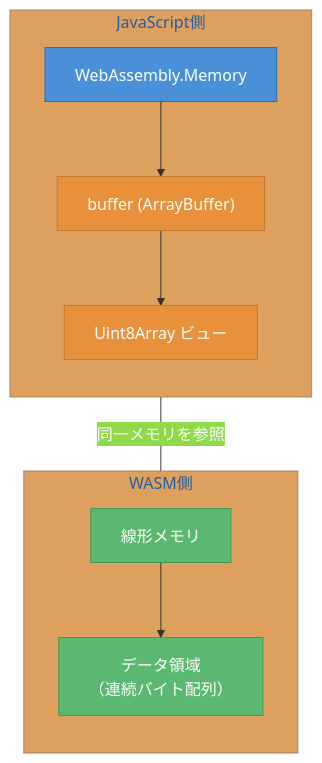
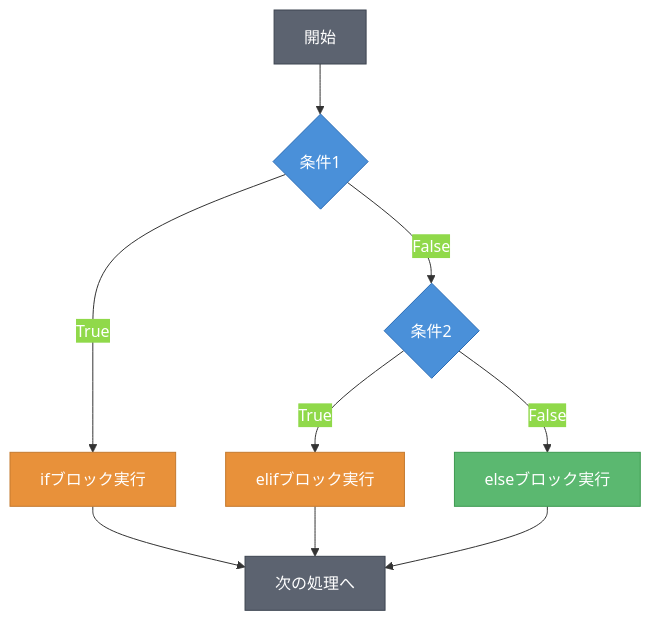
Before and after one commit to sogawa-yk/claude-code-book-write-template-test: the first of 4 diagrams in manuscript/ch03/ch03.md, drawn with Mermaid. The commit also changed other lines of this file and 5 other files, not shown here.

````diff
--- a/manuscript/ch03/ch03.md
+++ b/manuscript/ch03/ch03.md
@@ -13,21 +9,17 @@
 ```mermaid
 %%{init: {'theme': 'base', 'themeVariables': {'primaryColor': '#4A90D9', 'primaryTextColor': '#FFFFFF', 'primaryBorderColor': '#2A6CB6', 'lineColor': '#333333', 'textColor': '#1A1A1A', 'background': 'transparent'}}}%%
-graph TB
-    subgraph JS["JavaScript側"]
-        direction TB
-        A["WebAssembly.Memory"]:::main --> B["buffer (ArrayBuffer)"]:::sub
-        B --> C["Uint8Array ビュー"]:::sub
-    end
-
-    subgraph WA["WASM側"]
-        direction TB
-        D["線形メモリ"]:::tool --> E["データ領域<br/>（連続バイト配列）"]:::tool
-    end
-
-    B ---|"同一メモリを参照"| D
+flowchart TD
+    Start[開始]:::user --> C1{条件1}:::main
+    C1 -->|True| A1[ifブロック実行]:::sub
+    C1 -->|False| C2{条件2}:::main
+    C2 -->|True| A2[elifブロック実行]:::sub
+    C2 -->|False| A3[elseブロック実行]:::tool
+    A1 --> End[次の処理へ]:::user
+    A2 --> End
+    A3 --> End
 
     classDef main fill:#4A90D9,stroke:#2A6CB6,color:#FFFFFF
     classDef sub fill:#E8913A,stroke:#C47A2F,color:#FFFFFF
     classDef tool fill:#5BB870,stroke:#3D9A50,color:#FFFFFF
     classDef user fill:#5C6370,stroke:#3D4450,color:#FFFFFF
 ```
````
